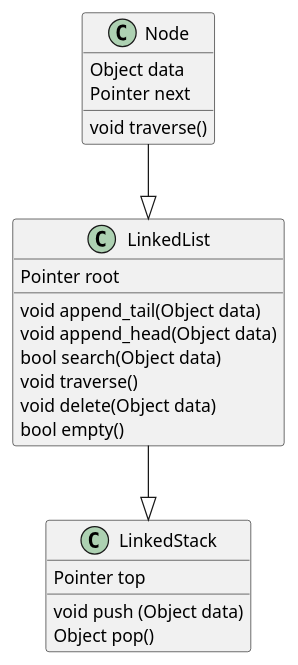
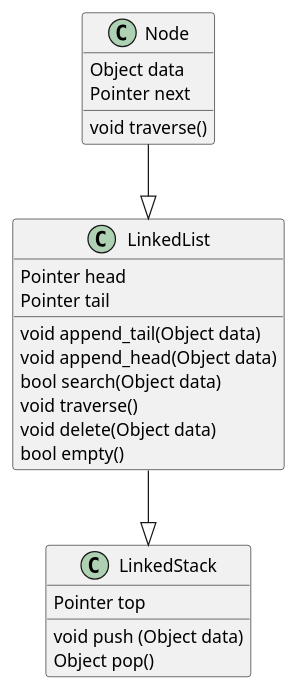
The diagram in docs/lists/singly/linked_stack.md (rishacha/py_interview), drawn with PlantUML before and after one commit. The commit also changed 22 other files, not shown here.

````diff
--- a/docs/lists/singly/linked_stack.md
+++ b/docs/lists/singly/linked_stack.md
@@ -3,25 +3,26 @@
 ```plantuml
 class Node {
   {field} Object data
   {field} Pointer next
   {method} void traverse()
 }
 
 class LinkedStack {
   {field} Pointer top
   {method} void push (Object data)
   {method} Object pop()
 }
 
 class LinkedList{
-  {field} Pointer root
+  {field} Pointer head
+  {field} Pointer tail
   {method} void append_tail(Object data)
   {method} void append_head(Object data)
   {method} bool search(Object data)
   {method} void traverse()
   {method} void delete(Object data)
   {method} bool empty()
 }
 Node --|> LinkedList
 LinkedList --|> LinkedStack
 ```
````
